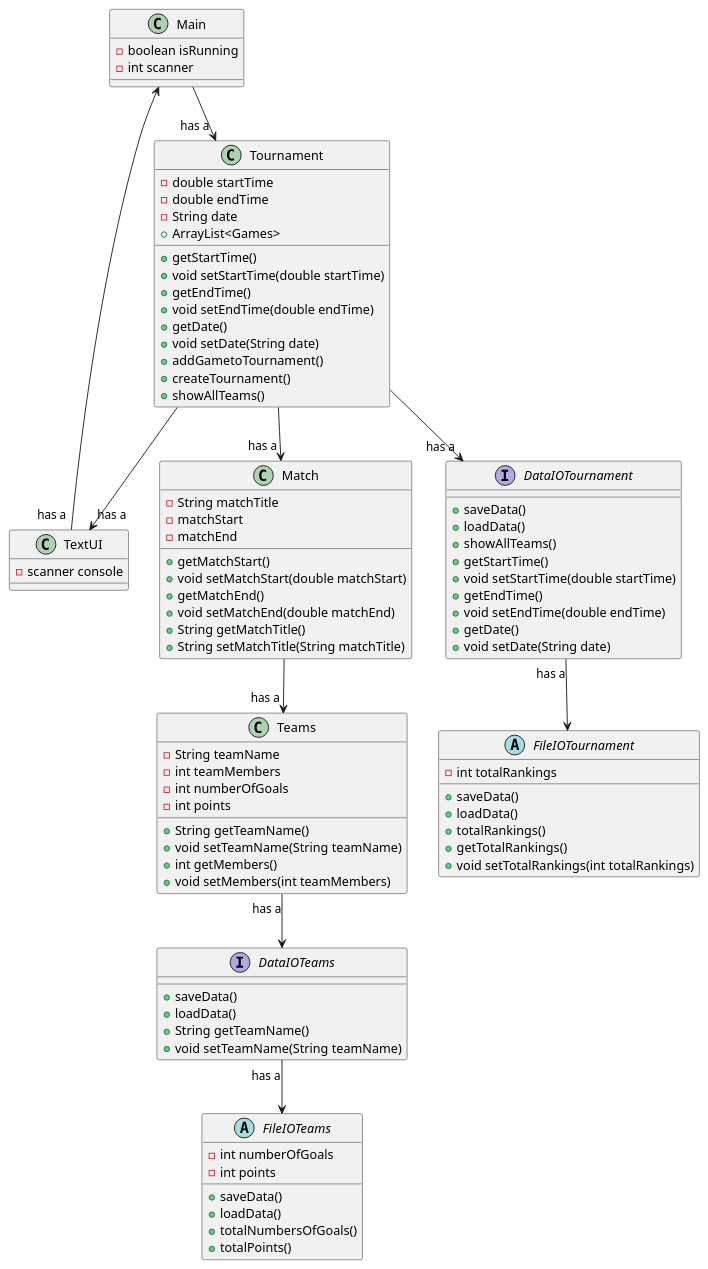
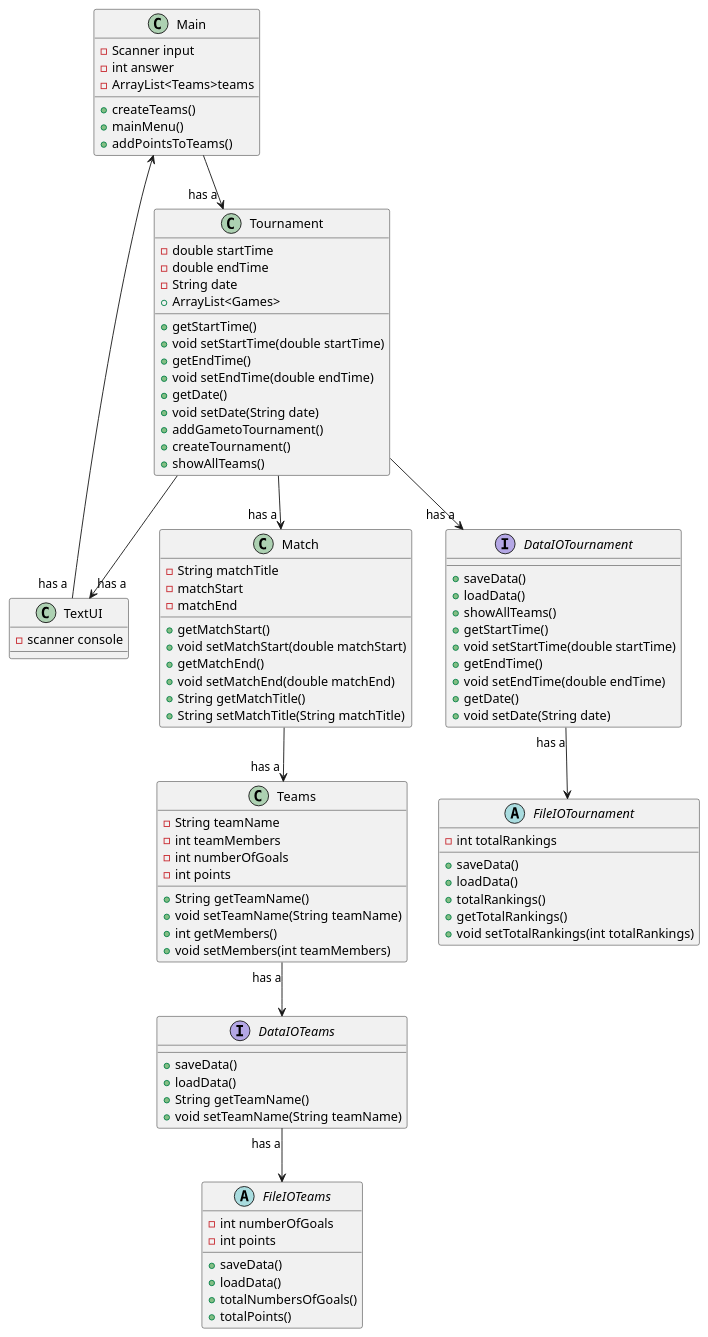
The diagram in src/dokumentation/ClassDiagram.puml (Ravnkilde1995/F22SP3-GroupJ), drawn with PlantUML before and after one commit. The commit also changed 6 other files, not shown here.

First line of the commit message:
Updated ClassDiagram.

```diff
--- a/src/dokumentation/ClassDiagram.puml
+++ b/src/dokumentation/ClassDiagram.puml
@@ -1,99 +1,104 @@
 @startuml
 
 Main --> "has a "Tournament
 Tournament --> "has a "TextUI
 Match --> "has a " Teams
 Tournament --> "has a " Match
 TextUI "has a "--> Main
 Tournament --> "has a" DataIOTournament
 Teams "has a"-->  DataIOTeams
 DataIOTeams "has a" --> FileIOTeams
 DataIOTournament "has a"-->FileIOTournament
 
 
 Class Main {
-- boolean isRunning
-- int scanner
+- Scanner input
+- int answer
+-ArrayList<Teams>teams
++ createTeams()
++ mainMenu()
++addPointsToTeams()
+
 }
 
 Class Tournament {
 - double startTime
 - double endTime
 - String date
 + ArrayList<Games>
 + getStartTime()
 + void setStartTime(double startTime)
 + getEndTime()
 + void setEndTime(double endTime)
 + getDate()
 + void setDate(String date)
 + addGametoTournament()
 + createTournament()
 + showAllTeams()
 
 }
 
 Class Teams {
 - String teamName
 - int teamMembers
 - int numberOfGoals
 - int points
 + String getTeamName()
 + void setTeamName(String teamName)
 + int getMembers()
 + void setMembers(int teamMembers)
 }
 
 Class TextUI {
 - scanner console
 }
 
 Class Match {
 - String matchTitle
 - matchStart
 - matchEnd
 + getMatchStart()
 + void setMatchStart(double matchStart)
 +getMatchEnd()
 + void setMatchEnd(double matchEnd)
 + String getMatchTitle()
 + String setMatchTitle(String matchTitle)
 }
 interface DataIOTeams{
 + saveData()
 + loadData()
 + String getTeamName()
 + void setTeamName(String teamName)
 }
 abstract FileIOTeams{
 - int numberOfGoals
 - int points
 + saveData()
 + loadData()
 + totalNumbersOfGoals()
 +totalPoints()
 }
 
 interface DataIOTournament{
 + saveData()
 + loadData()
 + showAllTeams()
 + getStartTime()
 + void setStartTime(double startTime)
 + getEndTime()
 + void setEndTime(double endTime)
 + getDate()
 + void setDate(String date)
 
 }
 abstract FileIOTournament{
 - int totalRankings
 +saveData()
 + loadData()
 +totalRankings()
 +getTotalRankings()
 +void setTotalRankings(int totalRankings)
 }
 
 
 @enduml
```
